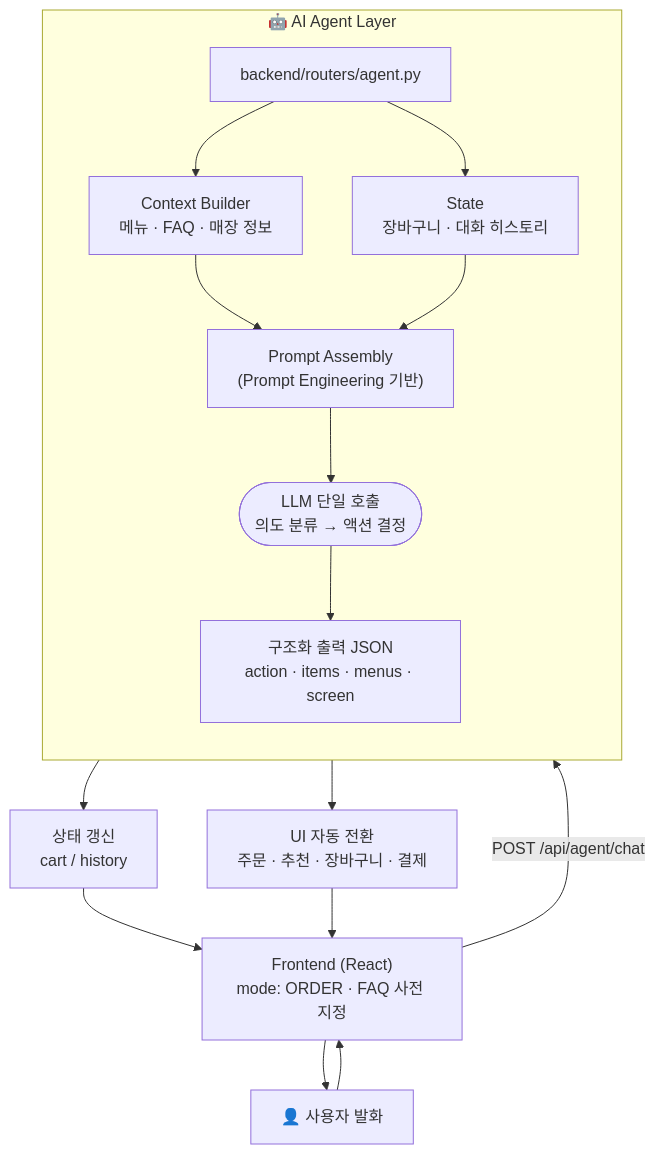
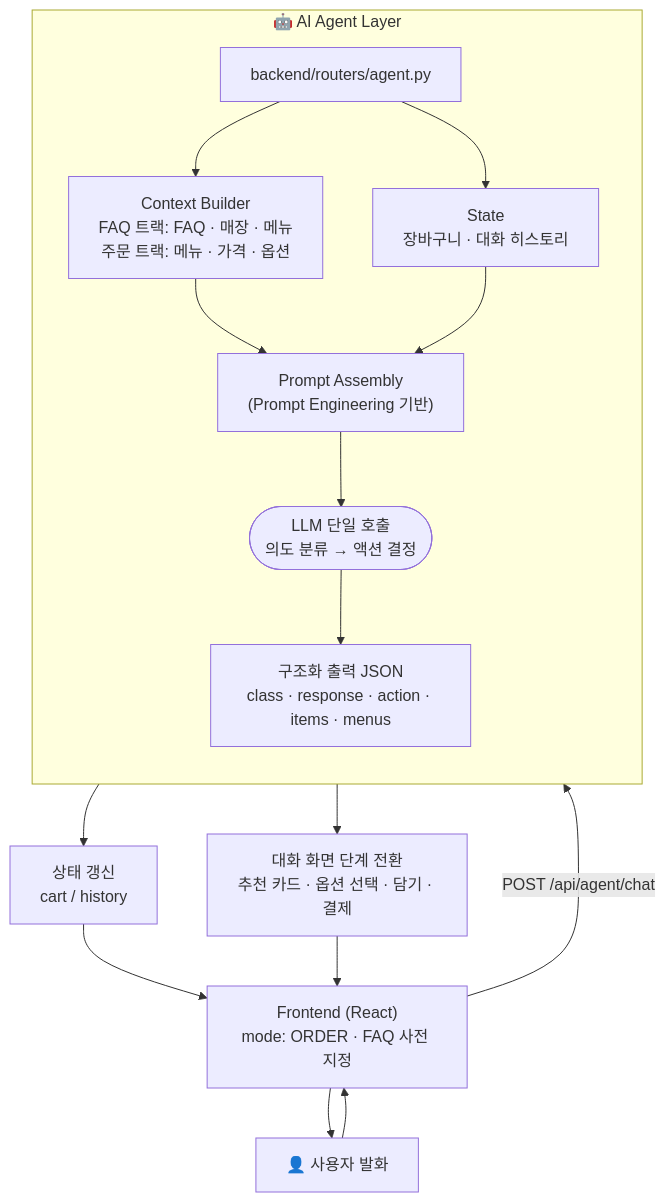
One commit to chosungun/senior-ai-kiosk changed the diagram in README.md. Above: the diagram before and after it, drawn with Mermaid. The commit also changed other lines of this file and 2 other files, not shown here.

````diff
--- a/README.md
+++ b/README.md
@@ -36,21 +37,21 @@
 ```mermaid
 flowchart TD
     U["👤 사용자 발화"] --> FE["Frontend (React)<br/>mode: ORDER · FAQ 사전 지정"]
     FE -->|"POST /api/agent/chat"| API["backend/routers/agent.py"]
 
     subgraph AGENT["🤖 AI Agent Layer"]
         direction TB
-        API --> CTX["Context Builder<br/>메뉴 · FAQ · 매장 정보"]
+        API --> CTX["Context Builder<br/>FAQ 트랙: FAQ · 매장 · 메뉴<br/>주문 트랙: 메뉴 · 가격 · 옵션"]
         API --> ST["State<br/>장바구니 · 대화 히스토리"]
         CTX --> P["Prompt Assembly<br/>(Prompt Engineering 기반)"]
         ST --> P
         P --> LLM(["LLM 단일 호출<br/>의도 분류 → 액션 결정"])
-        LLM --> OUT["구조화 출력 JSON<br/>action · items · menus · screen"]
+        LLM --> OUT["구조화 출력 JSON<br/>class · response · action · items · menus"]
     end
 
     OUT --> UPD["상태 갱신<br/>cart / history"]
-    OUT --> ROUTE["UI 자동 전환<br/>주문 · 추천 · 장바구니 · 결제"]
+    OUT --> ROUTE["대화 화면 단계 전환<br/>추천 카드 · 옵션 선택 · 담기 · 결제"]
     UPD --> FE
     ROUTE --> FE
     FE --> U
 ```
````
